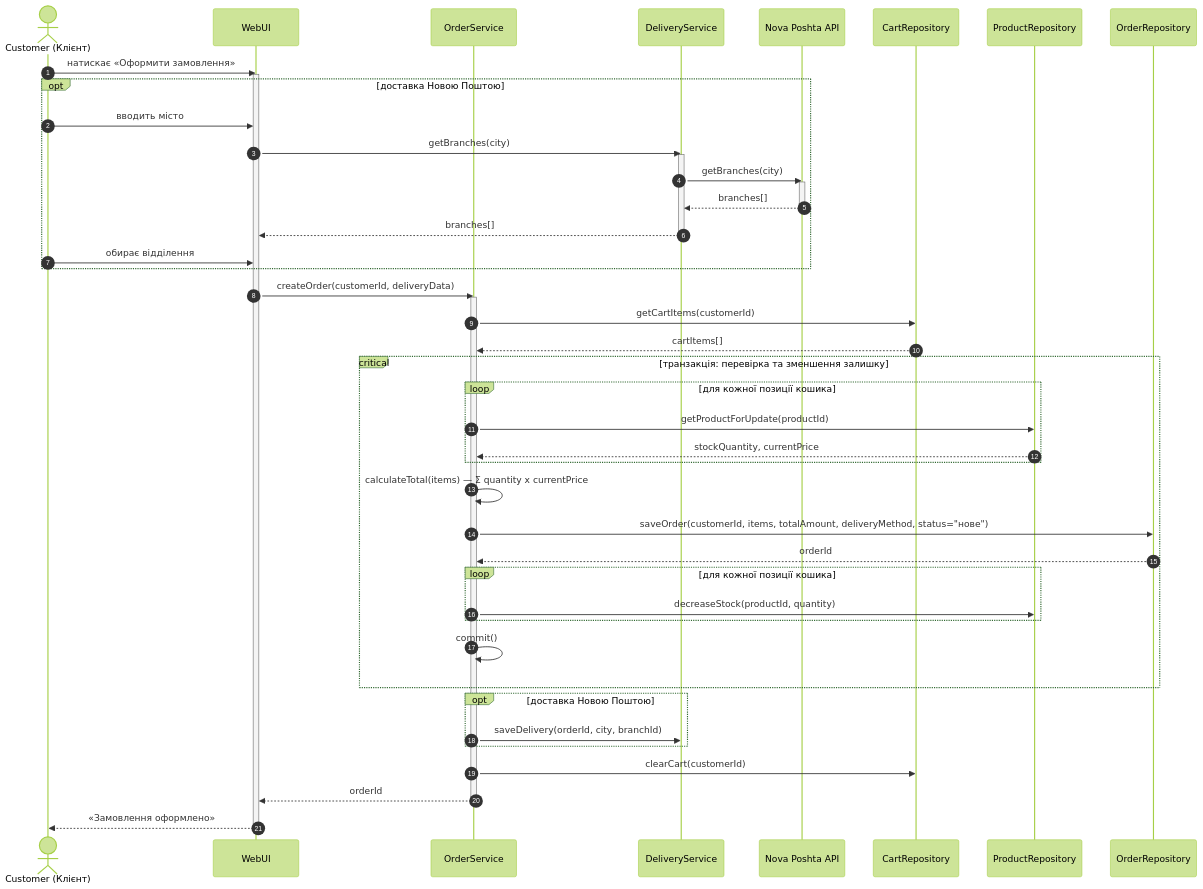
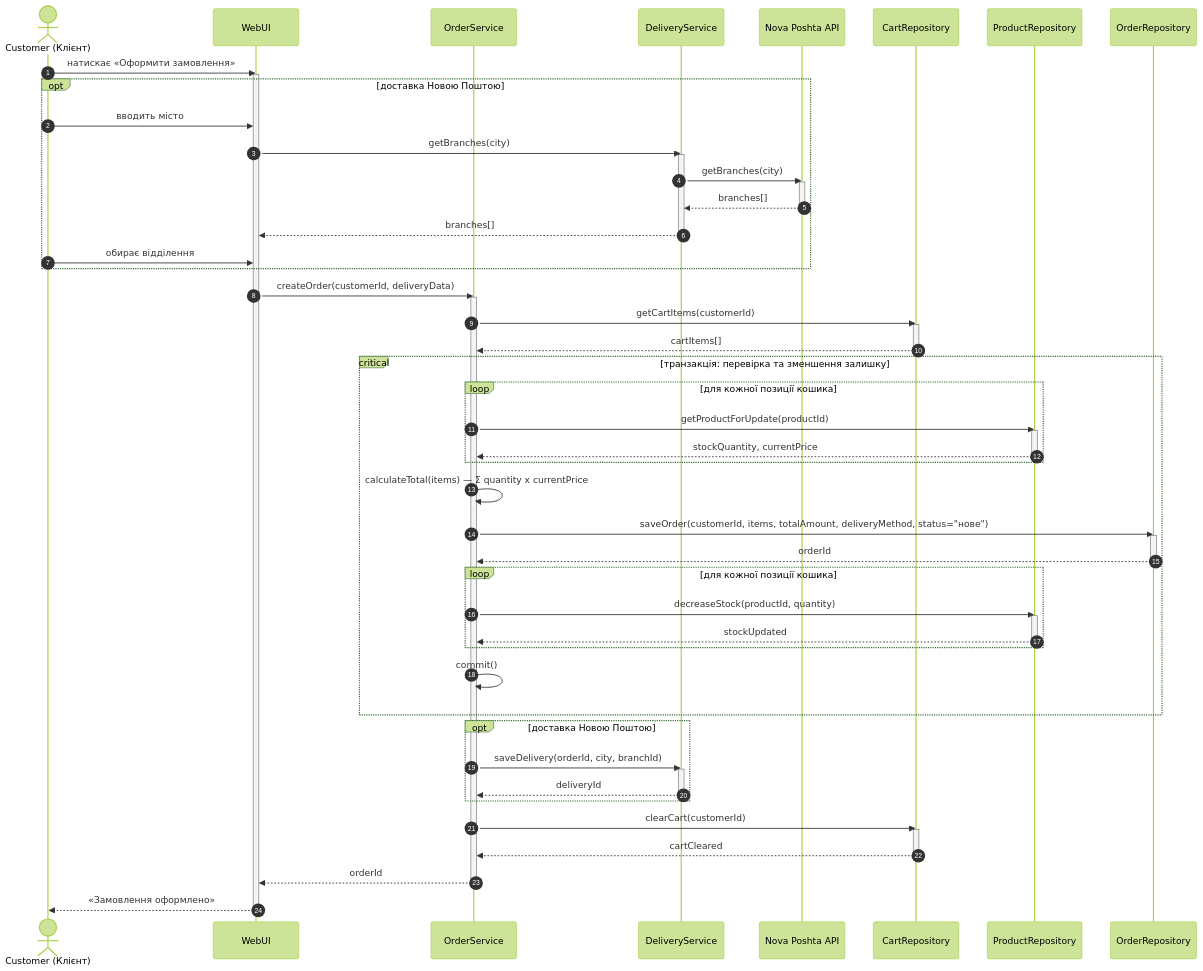
One commit to AlegZabivnoy/Software-engineering-components-2- changed the diagram in Diagrams/sequence-uc03-success.mmd. Above: the diagram before and after it, drawn with Mermaid (forest theme). The commit also changed 1 other file, not shown here.

```diff
--- a/Diagrams/sequence-uc03-success.mmd
+++ b/Diagrams/sequence-uc03-success.mmd
@@ -1,54 +1,69 @@
 sequenceDiagram
     autonumber
     actor C as Customer (Клієнт)
     participant UI as WebUI
     participant OS as OrderService
     participant DS as DeliveryService
     participant NP as Nova Poshta API
     participant CR as CartRepository
     participant PR as ProductRepository
     participant OR as OrderRepository
 
     C->>UI: натискає «Оформити замовлення»
     activate UI
 
     opt доставка Новою Поштою
         C->>UI: вводить місто
         UI->>DS: getBranches(city)
         activate DS
         DS->>NP: getBranches(city)
         activate NP
         NP-->>DS: branches[]
         deactivate NP
         DS-->>UI: branches[]
         deactivate DS
         C->>UI: обирає відділення
     end
 
     UI->>OS: createOrder(customerId, deliveryData)
     activate OS
     OS->>CR: getCartItems(customerId)
+    activate CR
     CR-->>OS: cartItems[]
+    deactivate CR
 
     critical транзакція: перевірка та зменшення залишку
         loop для кожної позиції кошика
             OS->>PR: getProductForUpdate(productId)
+            activate PR
             PR-->>OS: stockQuantity, currentPrice
+            deactivate PR
         end
         OS->>OS: calculateTotal(items) — Σ quantity х currentPrice
         OS->>OR: saveOrder(customerId, items, totalAmount, deliveryMethod, status="нове")
+        activate OR
         OR-->>OS: orderId
+        deactivate OR
         loop для кожної позиції кошика
             OS->>PR: decreaseStock(productId, quantity)
+            activate PR
+            PR-->>OS: stockUpdated
+            deactivate PR
         end
         OS->>OS: commit()
     end
 
     opt доставка Новою Поштою
         OS->>DS: saveDelivery(orderId, city, branchId)
+        activate DS
+        DS-->>OS: deliveryId
+        deactivate DS
     end
     OS->>CR: clearCart(customerId)
+    activate CR
+    CR-->>OS: cartCleared
+    deactivate CR
     OS-->>UI: orderId
     deactivate OS
     UI-->>C: «Замовлення оформлено»
     deactivate UI
```
